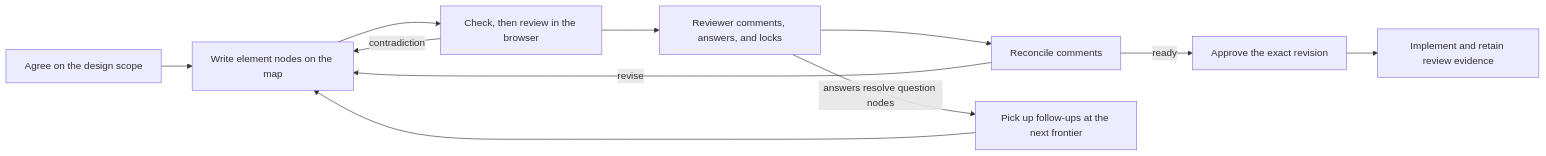
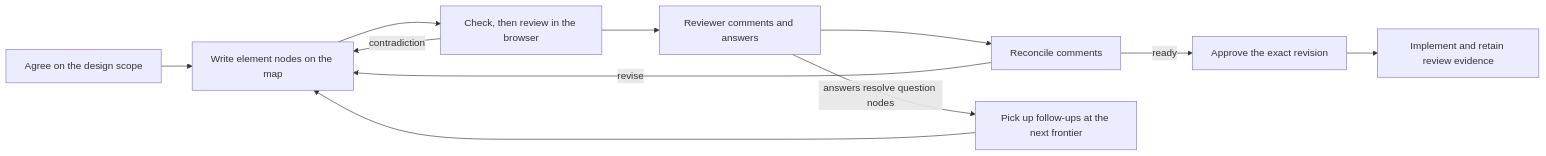
Before and after one commit to ac8318740/acstack: the diagram in skills/design-doc/SKILL.md, drawn with Mermaid. The commit also changed other lines of this file and 23 other files, not shown here.

````diff
--- a/skills/design-doc/SKILL.md
+++ b/skills/design-doc/SKILL.md
@@ -11,13 +11,13 @@
 ```mermaid
 flowchart LR
     A[Agree on the design scope] --> B[Write element nodes on the map]
     B --> C[Check, then review in the browser]
     C -->|contradiction| B
-    C --> D[Reviewer comments, answers, and locks]
+    C --> D[Reviewer comments and answers]
     D --> E[Reconcile comments]
     D -->|answers resolve question nodes| F[Pick up follow-ups at the next frontier]
     F --> B
     E -->|revise| B
     E -->|ready| G[Approve the exact revision]
     G --> H[Implement and retain review evidence]
 ```
````
